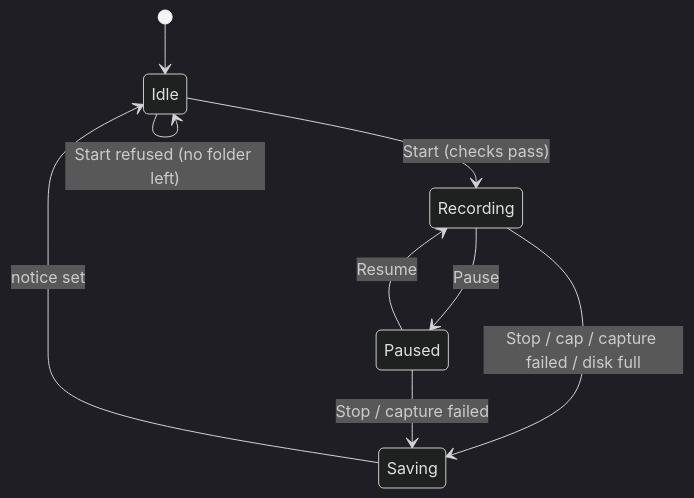
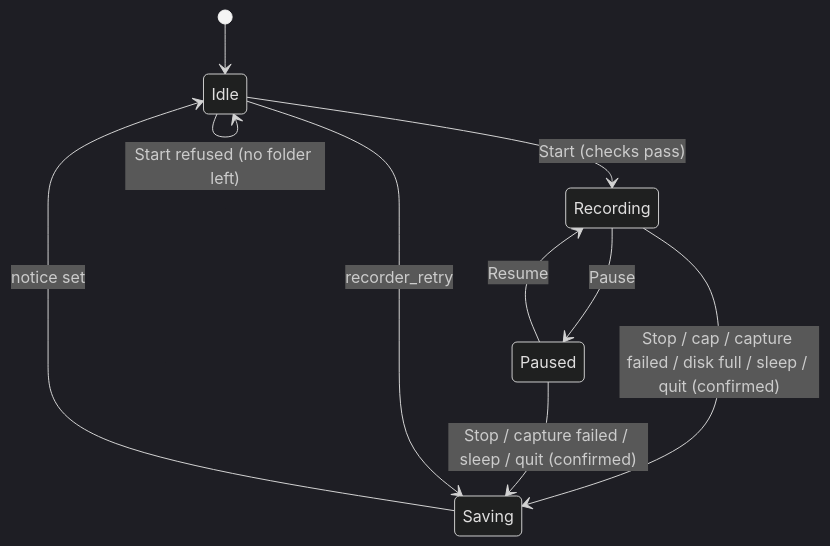
The diagram in docs/features/desktop-recorder.md (masnun-siam/meeting-manager), drawn with Mermaid (dark theme) before and after one commit. The commit also changed other lines of this file and 12 other files, not shown here.

First line of the commit message:
feat(#149): menu-bar item, sleep and quit stops, crash recovery, recorder_retry

````diff
--- a/docs/features/desktop-recorder.md
+++ b/docs/features/desktop-recorder.md
@@ -22,11 +25,12 @@
 ```mermaid
 stateDiagram-v2
   [*] --> Idle
   Idle --> Recording: Start (checks pass)
   Idle --> Idle: Start refused (no folder left)
   Recording --> Paused: Pause
   Paused --> Recording: Resume
-  Recording --> Saving: Stop / cap / capture failed / disk full
-  Paused --> Saving: Stop / capture failed
+  Recording --> Saving: Stop / cap / capture failed / disk full / sleep / quit (confirmed)
+  Paused --> Saving: Stop / capture failed / sleep / quit (confirmed)
+  Idle --> Saving: recorder_retry
   Saving --> Idle: notice set
 ```
````
